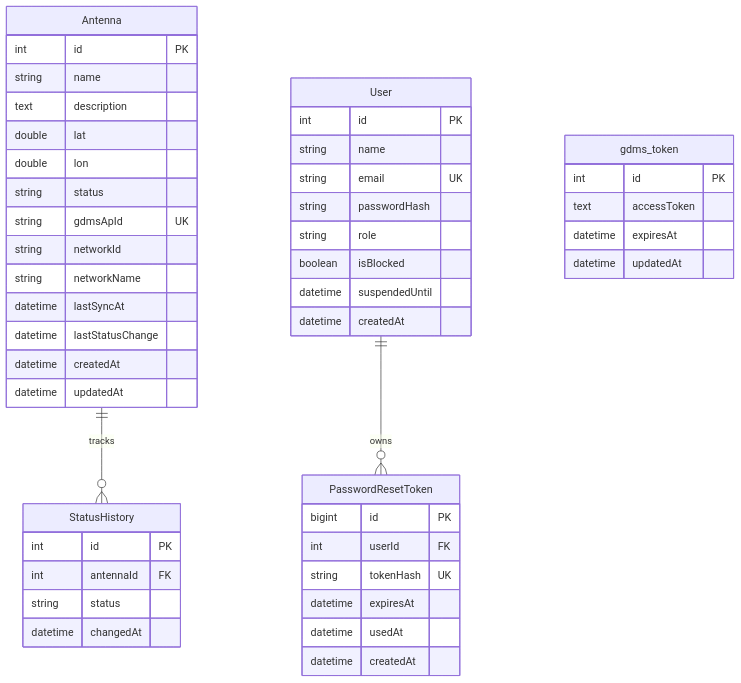
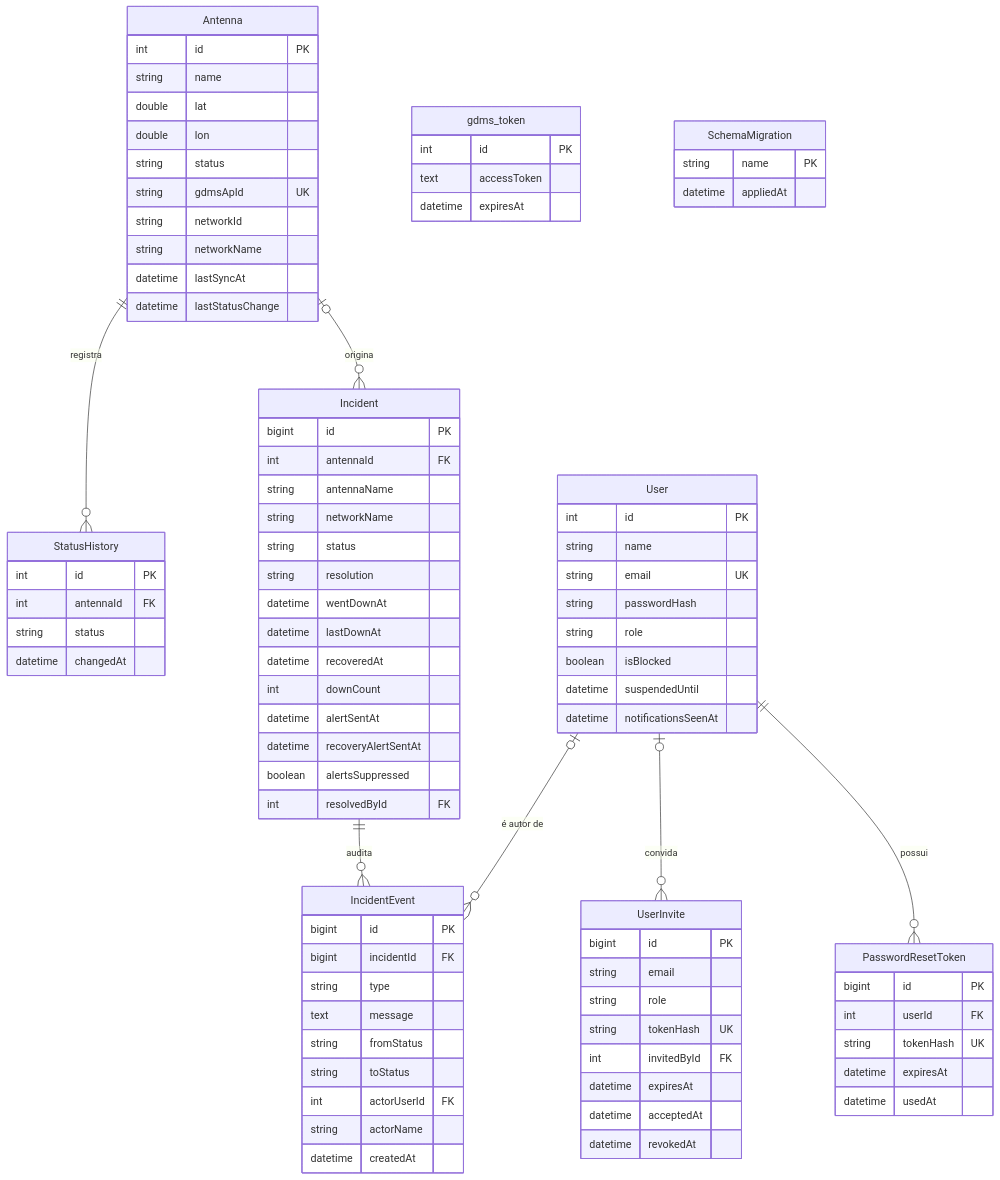
One commit to jefersonrocha-py/statsAP changed the fifth of 5 diagrams in README.md. Above: the diagram before and after it, drawn with Mermaid. The commit also changed other lines of this file and 1 other file, not shown here.

````diff
--- a/README.md
+++ b/README.md
@@ -338,7 +388,6 @@
   Antenna {
     int id PK
     string name
-    text description
     double lat
     double lon
     string status
@@ -347,17 +396,40 @@
     string networkName
     datetime lastSyncAt
     datetime lastStatusChange
-    datetime createdAt
-    datetime updatedAt
   }
-
   StatusHistory {
     int id PK
     int antennaId FK
     string status
     datetime changedAt
   }
-
+  Incident {
+    bigint id PK
+    int antennaId FK
+    string antennaName
+    string networkName
+    string status
+    string resolution
+    datetime wentDownAt
+    datetime lastDownAt
+    datetime recoveredAt
+    int downCount
+    datetime alertSentAt
+    datetime recoveryAlertSentAt
+    boolean alertsSuppressed
+    int resolvedById FK
+  }
+  IncidentEvent {
+    bigint id PK
+    bigint incidentId FK
+    string type
+    text message
+    string fromStatus
+    string toStatus
+    int actorUserId FK
+    string actorName
+    datetime createdAt
+  }
   User {
     int id PK
     string name
@@ -366,25 +438,39 @@
     string role
     boolean isBlocked
     datetime suspendedUntil
-    datetime createdAt
+    datetime notificationsSeenAt
   }
-
+  UserInvite {
+    bigint id PK
+    string email
+    string role
+    string tokenHash UK
+    int invitedById FK
+    datetime expiresAt
+    datetime acceptedAt
+    datetime revokedAt
+  }
   PasswordResetToken {
     bigint id PK
     int userId FK
     string tokenHash UK
     datetime expiresAt
     datetime usedAt
-    datetime createdAt
   }
-
   gdms_token {
     int id PK
     text accessToken
     datetime expiresAt
-    datetime updatedAt
+  }
+  SchemaMigration {
+    string name PK
+    datetime appliedAt
   }
 
-  Antenna ||--o{ StatusHistory : tracks
-  User ||--o{ PasswordResetToken : owns
+  Antenna ||--o{ StatusHistory : registra
+  Antenna |o--o{ Incident : origina
+  Incident ||--o{ IncidentEvent : audita
+  User |o--o{ IncidentEvent : "é autor de"
+  User |o--o{ UserInvite : convida
+  User ||--o{ PasswordResetToken : possui
 ```
````
